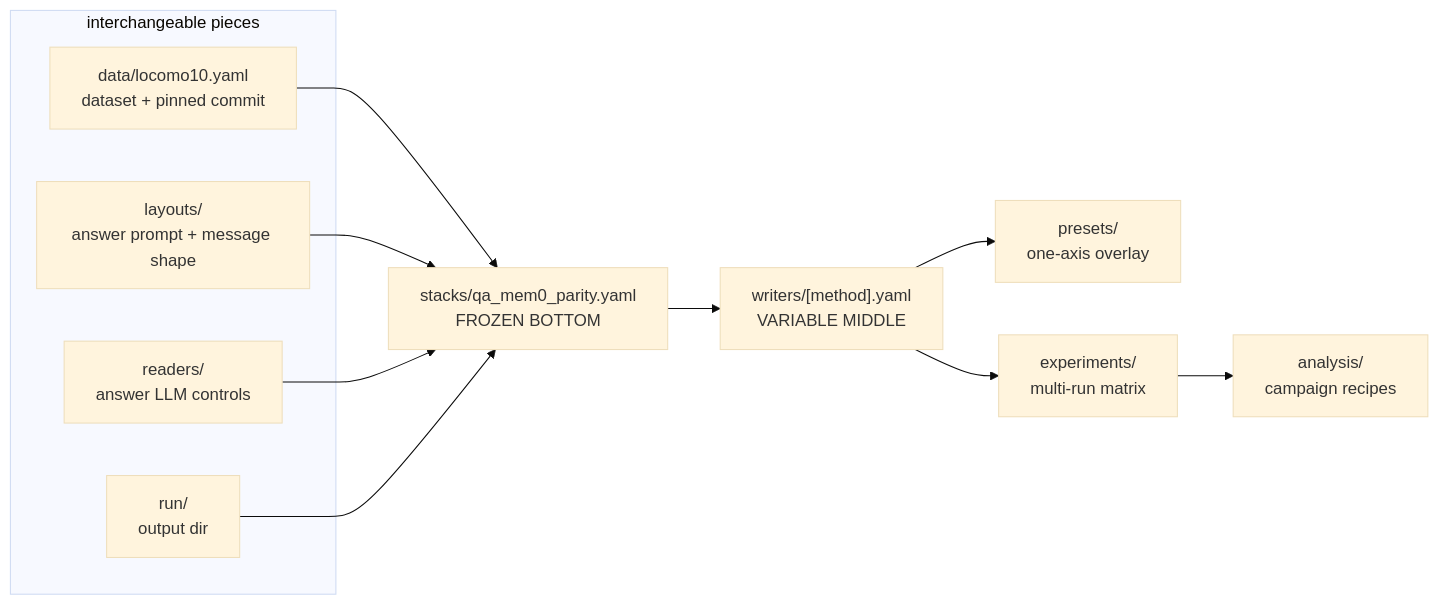
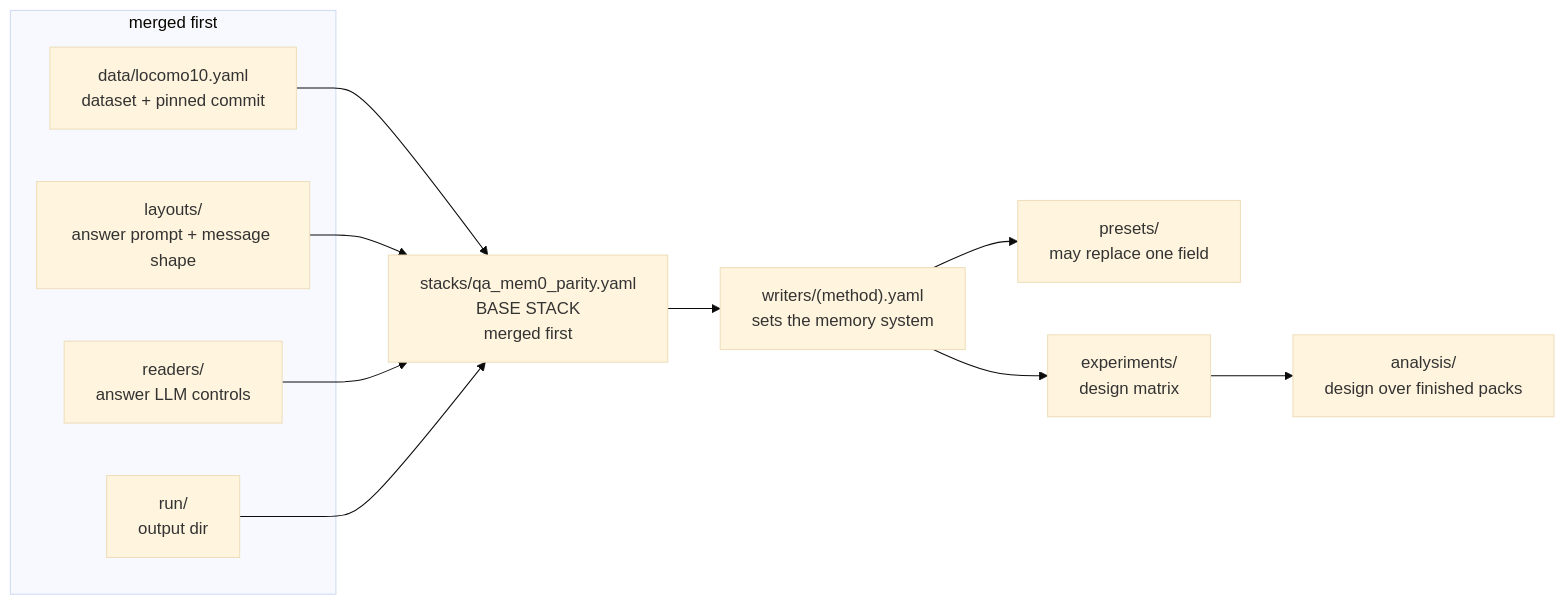
The second of 12 diagrams in docs/architecture.md (park-jsdev/long-term-memory-eval), drawn with Mermaid (base theme) before and after one commit. The commit also changed other lines of this file and 43 other files, not shown here.

````diff
--- a/docs/architecture.md
+++ b/docs/architecture.md
@@ -106,24 +143,24 @@
 ```mermaid
 flowchart LR
-  subgraph Pieces["interchangeable pieces"]
+  subgraph Pieces["merged first"]
     D["data/locomo10.yaml<br/>dataset + pinned commit"]
     L["layouts/<br/>answer prompt + message shape"]
     R["readers/<br/>answer LLM controls"]
     RUN["run/<br/>output dir"]
   end
 
-  S["stacks/qa_mem0_parity.yaml<br/>FROZEN BOTTOM"]
-  W["writers/[method].yaml<br/>VARIABLE MIDDLE"]
-  P["presets/<br/>one-axis overlay"]
-  X["experiments/<br/>multi-run matrix"]
-  A["analysis/<br/>campaign recipes"]
+  S["stacks/qa_mem0_parity.yaml<br/>BASE STACK<br/>merged first"]
+  W["writers/(method).yaml<br/>sets the memory system"]
+  P["presets/<br/>may replace one field"]
+  X["experiments/<br/>design matrix"]
+  A["analysis/<br/>design over finished packs"]
 
   D --> S
   L --> S
   R --> S
   RUN --> S
   S --> W
   W --> P
   W --> X
   X --> A
 ```
````
